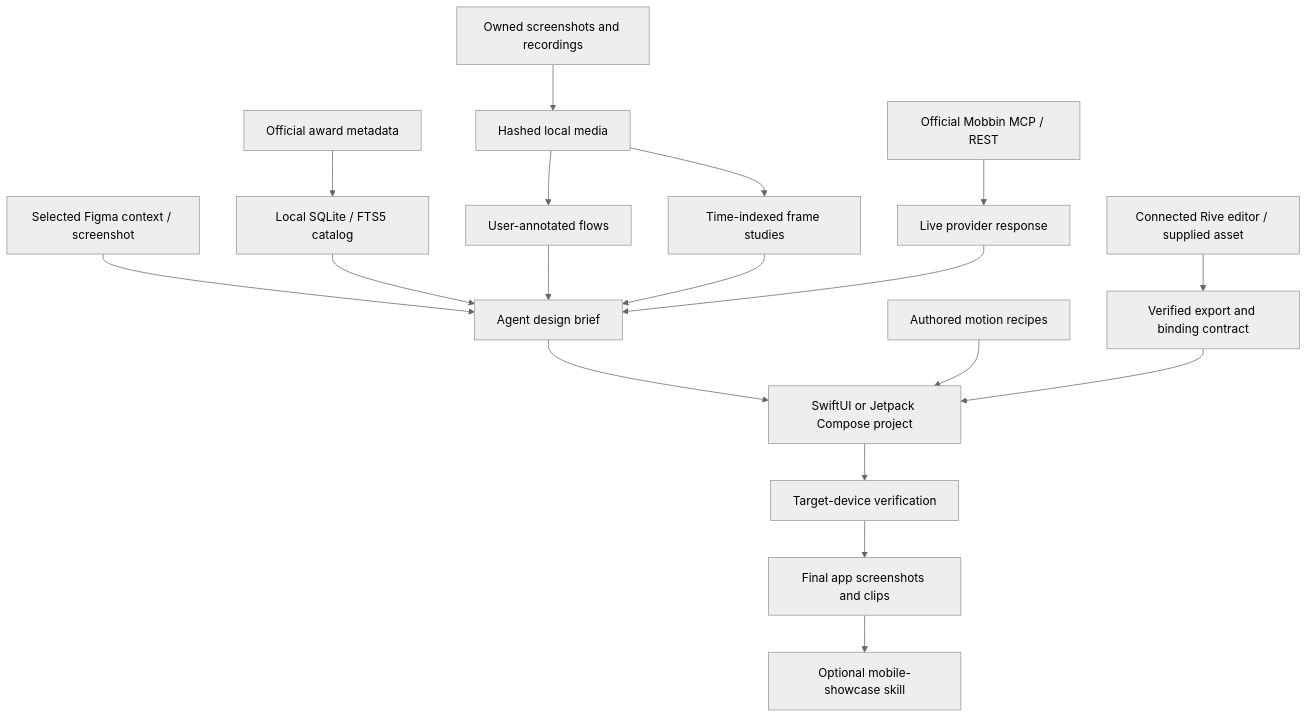
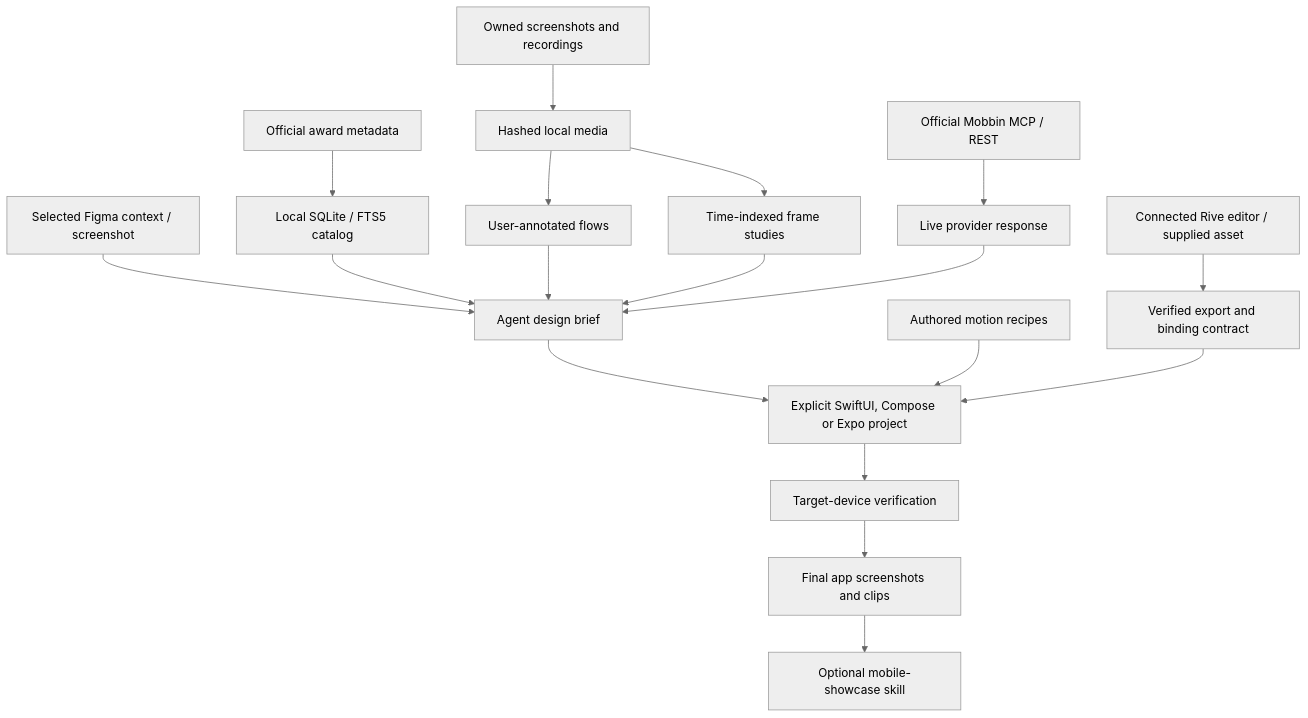
One commit to noxpublishing/mobile-design-mcp changed the diagram in docs/architecture.md. Above: the diagram before and after it, drawn with Mermaid (neutral theme). The commit also changed other lines of this file and 132 other files, not shown here.

First line of the commit message:
Add SwiftUI and Expo interaction studies

````diff
--- a/docs/architecture.md
+++ b/docs/architecture.md
@@ -3,20 +3,20 @@
 ```mermaid
 flowchart TD
   A[Official award metadata] --> C[Local SQLite / FTS5 catalog]
   L[Owned screenshots and recordings] --> R[Hashed local media]
   R --> F[User-annotated flows]
   R --> M[Time-indexed frame studies]
   B[Official Mobbin MCP / REST] --> V[Live provider response]
   G[Selected Figma context / screenshot] --> D
   C --> D[Agent design brief]
   F --> D
   M --> D
   V --> D
-  D --> N[SwiftUI or Jetpack Compose project]
+  D --> N[Explicit SwiftUI, Compose or Expo project]
   P[Authored motion recipes] --> N
   E[Connected Rive editor / supplied asset] --> I[Verified export and binding contract]
   I --> N
   N --> Q[Target-device verification]
   Q --> S[Final app screenshots and clips]
   S --> W[Optional mobile-showcase skill]
 ```
````
